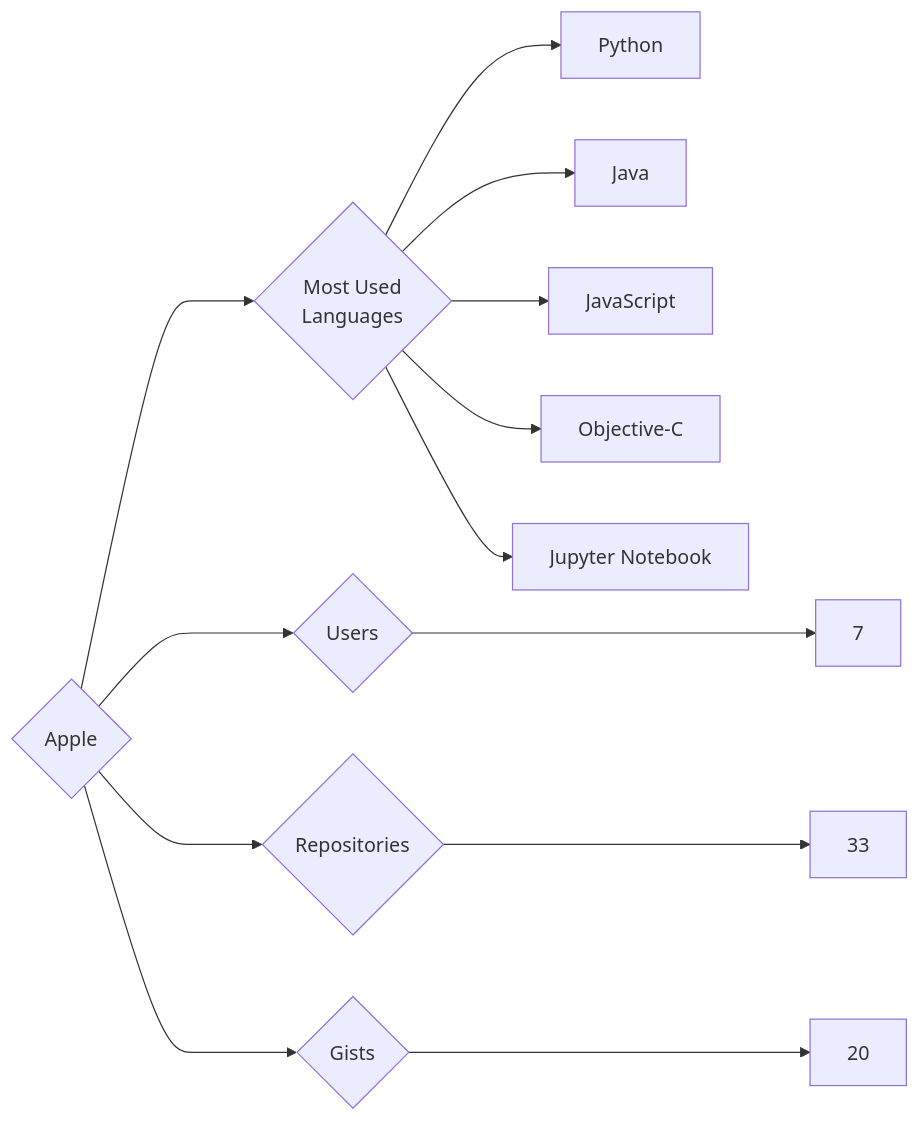
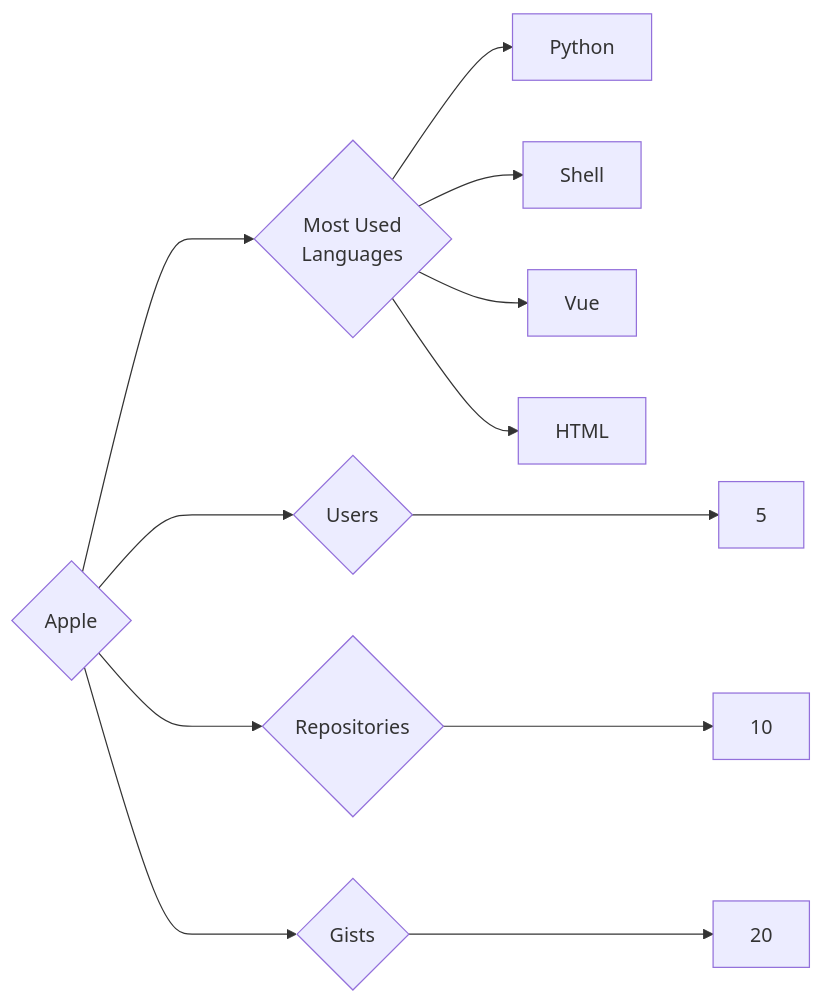
Before and after one commit to trickest/insiders: the diagram in targets/Apple/README.md, drawn with Mermaid. The commit also changed 880 other files, not shown here.

````diff
--- a/targets/Apple/README.md
+++ b/targets/Apple/README.md
@@ -3,13 +3,12 @@
 ```mermaid
 graph LR
 COMPANY_NAME{Apple}
-COMPANY_NAME ---> U{Users} ---> UN[7]
-COMPANY_NAME ---> R{Repositories} ---> RN[33]
+COMPANY_NAME ---> U{Users} ---> UN[5]
+COMPANY_NAME ---> R{Repositories} ---> RN[10]
 COMPANY_NAME ---> G{Gists} ---> GN[20]
 COMPANY_NAME ---> ML{Most Used<br>Languages}
 ML --> Python[Python]
-ML --> Java[Java]
-ML --> JavaScript[JavaScript]
-ML --> Objective-C[Objective-C]
-ML --> Jupyter_Notebook[Jupyter Notebook]
+ML --> Shell[Shell]
+ML --> Vue[Vue]
+ML --> HTML[HTML]
 ```
````
